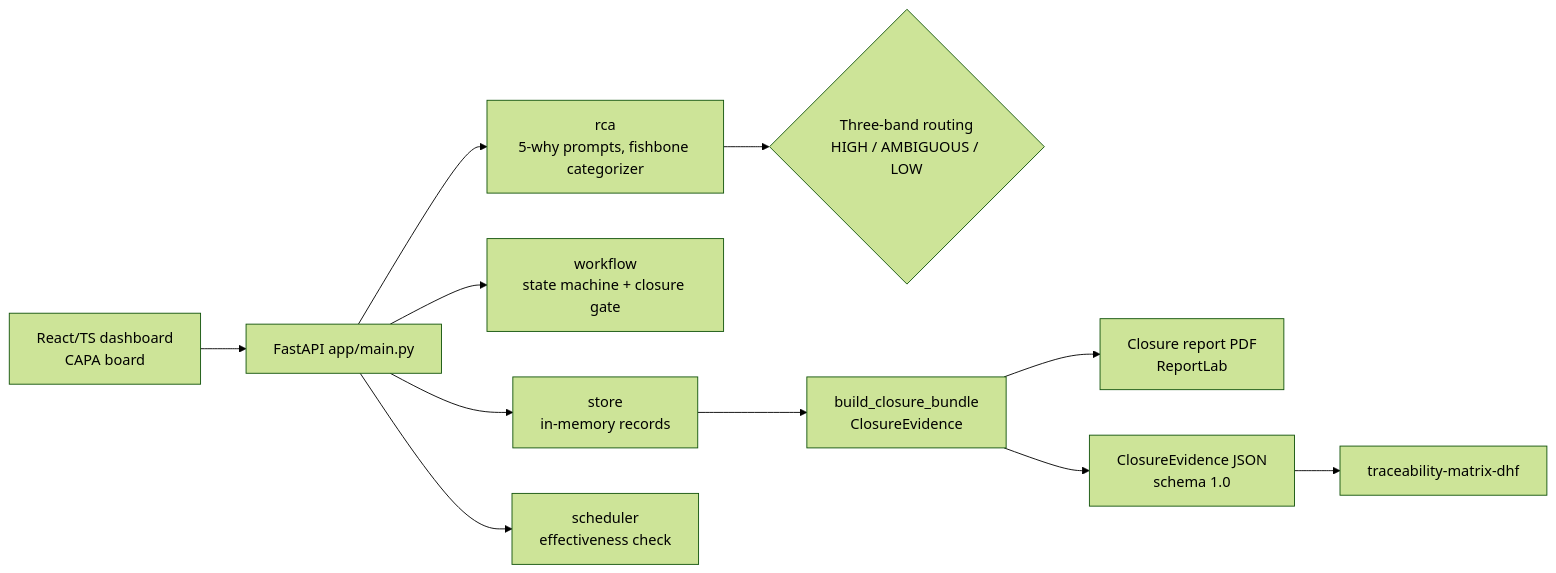
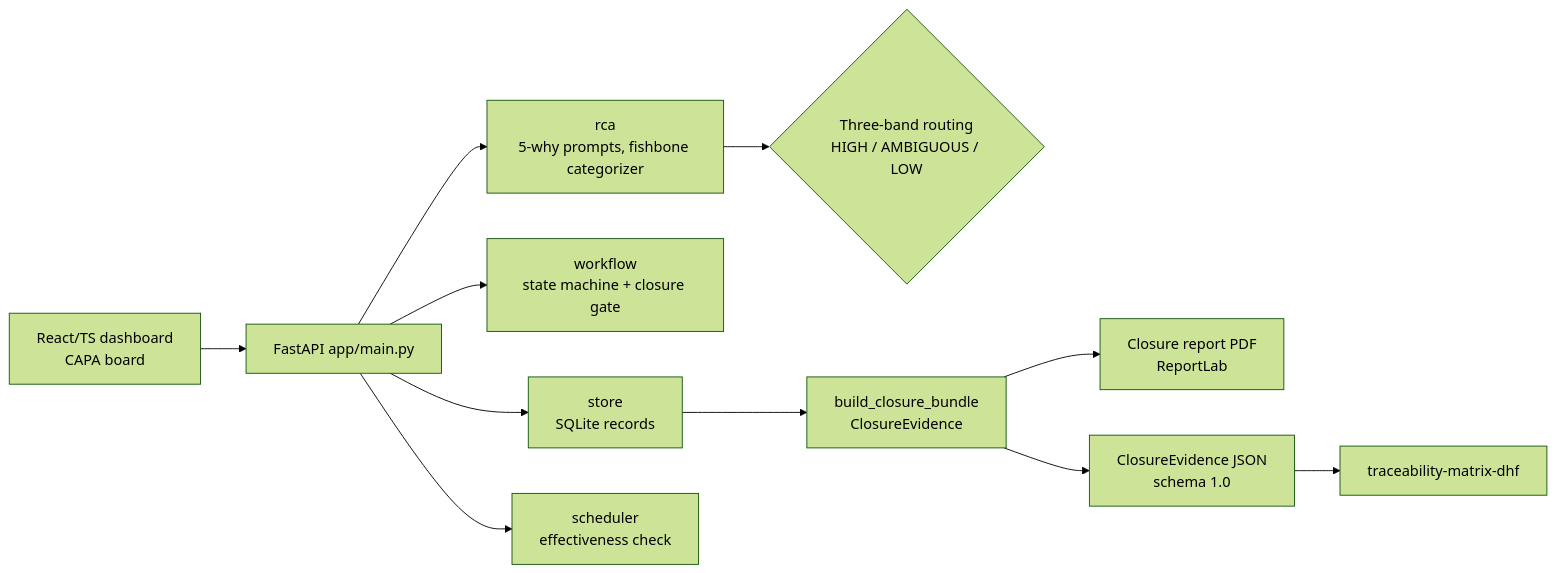
The second of 2 diagrams in README.md (LSaiko/capa-tracker), drawn with Mermaid (forest theme) before and after one commit. The commit also changed other lines of this file and 1 other file, not shown here.

First line of the commit message:
Docs: SQLite store, CAPA_DB_PATH, Known limitations

````diff
--- a/README.md
+++ b/README.md
@@ -81,13 +82,13 @@
 ```mermaid
 flowchart LR
     W[React/TS dashboard<br/>CAPA board] --> A[FastAPI app/main.py]
-    A --> S[store<br/>in-memory records]
+    A --> S[store<br/>SQLite records]
     A --> F[workflow<br/>state machine + closure gate]
     A --> R[rca<br/>5-why prompts, fishbone categorizer]
     A --> C[scheduler<br/>effectiveness check]
     R --> T{Three-band routing<br/>HIGH / AMBIGUOUS / LOW}
     S --> B[build_closure_bundle<br/>ClosureEvidence]
     B --> P[Closure report PDF<br/>ReportLab]
     B --> J[ClosureEvidence JSON<br/>schema 1.0]
     J --> D[traceability-matrix-dhf]
 ```
````
